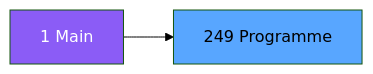
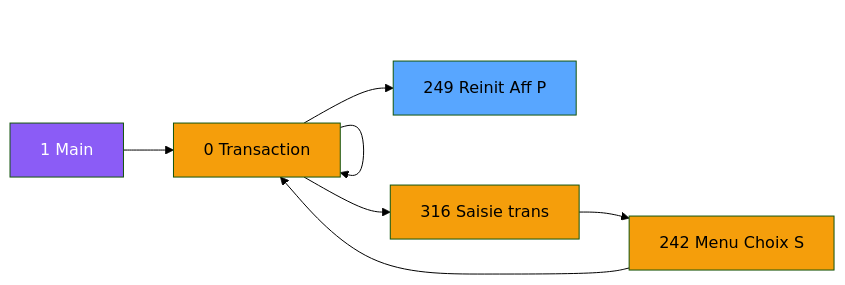
One commit to thonyAGP/magic-migration changed the second of 3 diagrams in .openspec/specs/ADH-IDE-249.md. Above: the diagram before and after it, drawn with Mermaid (forest theme). The commit also changed other lines of this file and 323 other files, not shown here.

````diff
--- a/.openspec/specs/ADH-IDE-249.md
+++ b/.openspec/specs/ADH-IDE-249.md
@@ -98,8 +109,23 @@
 ```mermaid
 graph LR
     M[1 Main]
-    T[249 Programme]
-    M --> T
+    N0[0 Transaction ]
+    N0[0 Transaction ]
+    N316[316 Saisie trans]
+    N242[242 Menu Choix S]
+    N0[0 Transaction ]
+    T[249 Reinit Aff P]
+    M --> N0
+    N0 --> N0
+    N0 --> N316
+    N316 --> N242
+    N242 --> N0
+    N0 --> T
     style M fill:#8b5cf6,color:#fff
+    style N0 fill:#f59e0b
+    style N0 fill:#f59e0b
+    style N316 fill:#f59e0b
+    style N242 fill:#f59e0b
+    style N0 fill:#f59e0b
     style T fill:#58a6ff,color:#000
 ```
````
